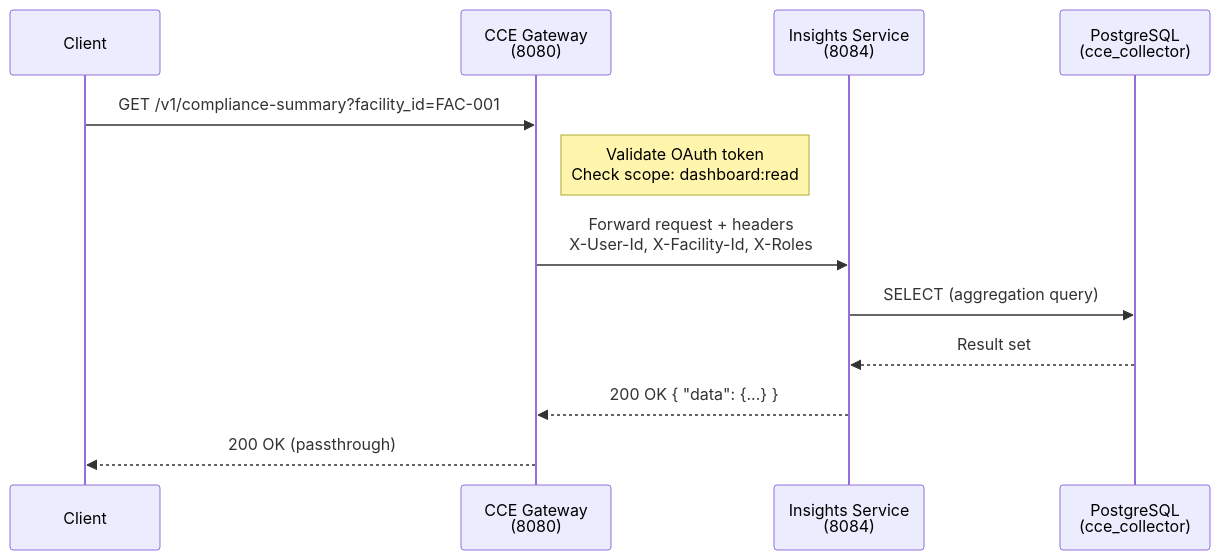
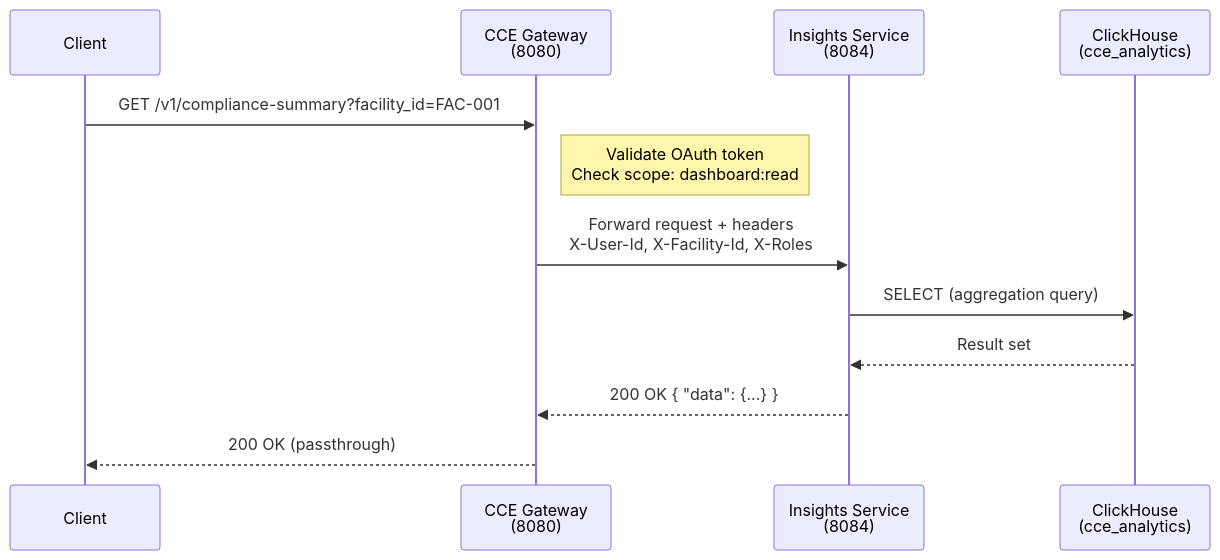
One commit to openphc/cce-insights-service changed the first of 29 diagrams in docs/flow-diagrams.md. Above: the diagram before and after it, drawn with Mermaid. The commit also changed other lines of this file and 4 other files, not shown here.

````diff
--- a/docs/flow-diagrams.md
+++ b/docs/flow-diagrams.md
@@ -5,18 +5,18 @@
 ```mermaid
 sequenceDiagram
     participant Client
     participant Gateway as CCE Gateway<br/>(8080)
     participant Insights as Insights Service<br/>(8084)
-    participant DB as PostgreSQL<br/>(cce_collector)
+    participant DB as ClickHouse<br/>(cce_analytics)
 
     Client->>Gateway: GET /v1/compliance-summary?facility_id=FAC-001
     Note right of Gateway: Validate OAuth token<br/>Check scope: dashboard:read
 
     Gateway->>Insights: Forward request + headers<br/>X-User-Id, X-Facility-Id, X-Roles
 
     Insights->>DB: SELECT (aggregation query)
     DB-->>Insights: Result set
 
     Insights-->>Gateway: 200 OK { "data": {...} }
     Gateway-->>Client: 200 OK (passthrough)
 ```
````
